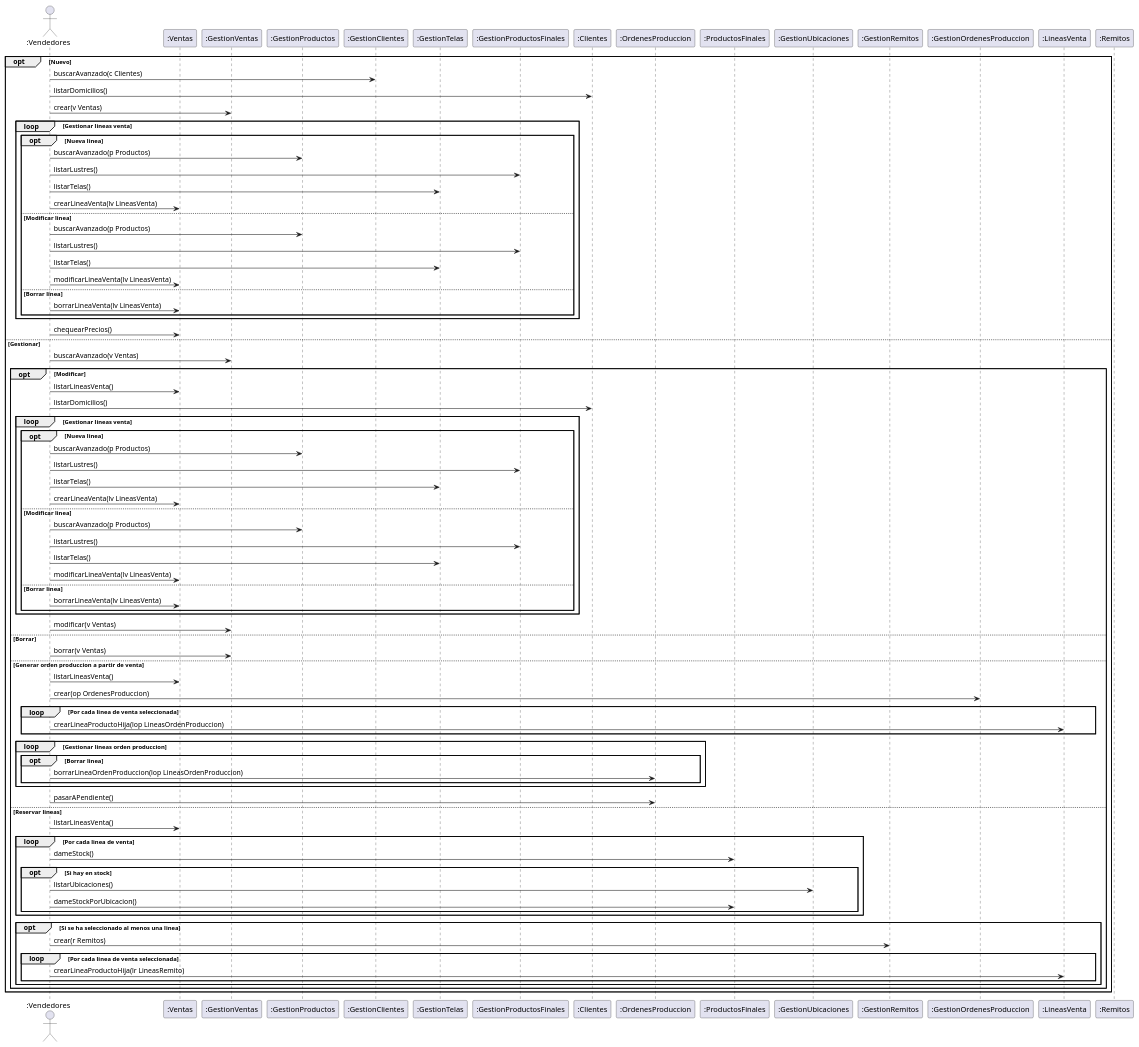
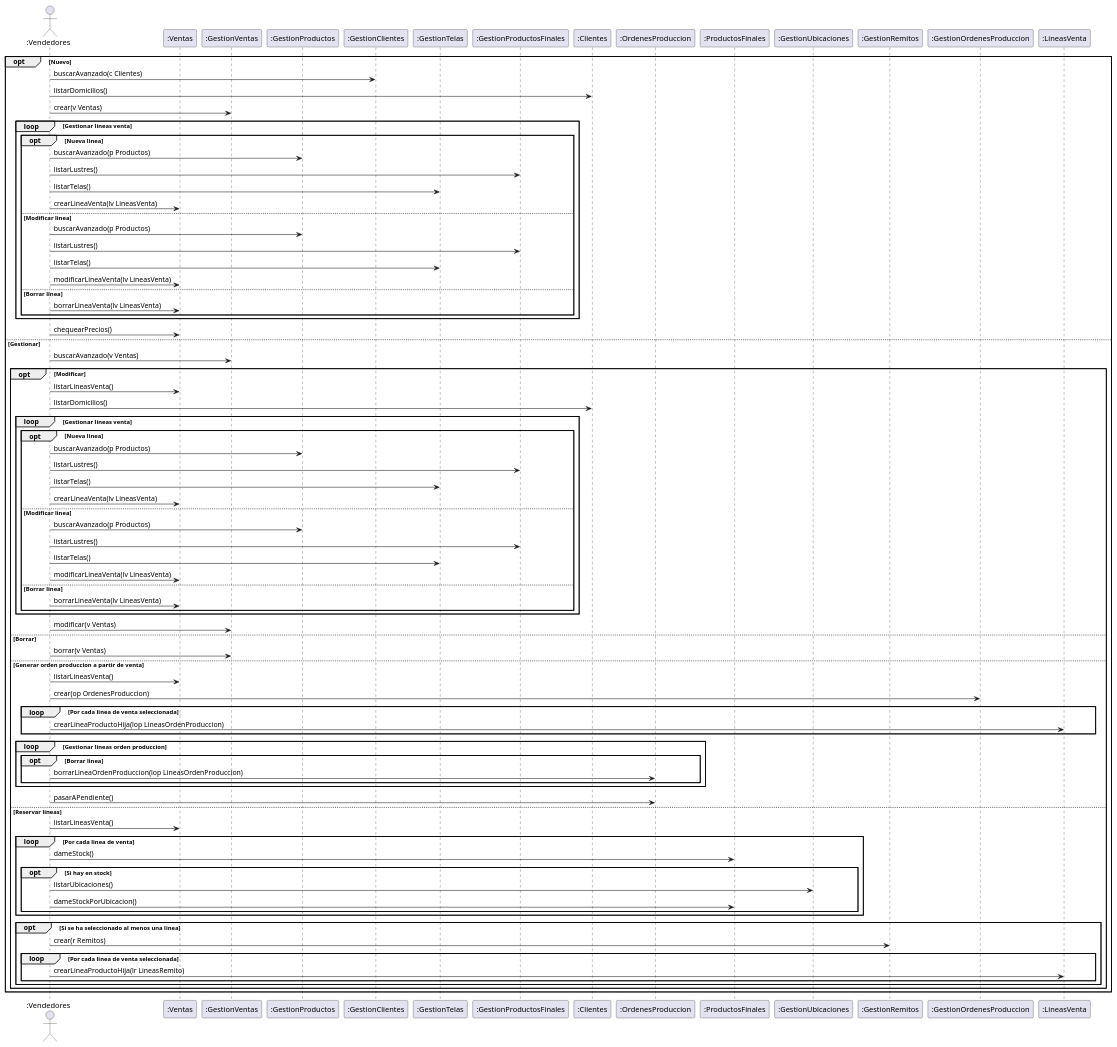
Before and after one commit to ZMGestion/DocumentacionZMGestion: the fourth of 4 diagrams in DiagramasSecuencia/DiagramaDeSecuencia.puml, drawn with PlantUML.

Commit message:
Cambios DiagramaDeSecuencia

```diff
--- a/DiagramasSecuencia/DiagramaDeSecuencia.puml
+++ b/DiagramasSecuencia/DiagramaDeSecuencia.puml
@@ -167,92 +167,91 @@
 @startuml GestionVentas
     actor ":Vendedores" as Vendedores
     participant ":Ventas" as Ventas
     participant ":GestionVentas" as GestionVentas
     participant ":GestionProductos" as GestionProductos
     participant ":GestionClientes" as GestionClientes
     participant ":GestionTelas" as GestionTelas
     participant ":GestionProductosFinales" as GestionProductosFinales
     participant ":Clientes" as Clientes
     participant ":OrdenesProduccion" as OrdenesProduccion
     participant ":ProductosFinales" as ProductosFinales
     participant ":GestionUbicaciones" as GestionUbicaciones
     participant ":GestionRemitos" as GestionRemitos
     participant ":GestionOrdenesProduccion" as GestionOrdenesProduccion
     participant ":LineasVenta" as LineasVenta
-    participant ":Remitos" as Remitos
 
     opt Nuevo
         Vendedores -> GestionClientes: buscarAvanzado(c Clientes)
         Vendedores -> Clientes: listarDomicilios()
         Vendedores -> GestionVentas: crear(v Ventas)
         loop Gestionar lineas venta
             opt Nueva linea
                 Vendedores -> GestionProductos: buscarAvanzado(p Productos)
                 Vendedores -> GestionProductosFinales: listarLustres()
                 Vendedores -> GestionTelas: listarTelas()
                 Vendedores -> Ventas: crearLineaVenta(lv LineasVenta)
             else Modificar linea
                 Vendedores -> GestionProductos: buscarAvanzado(p Productos)
                 Vendedores -> GestionProductosFinales: listarLustres()
                 Vendedores -> GestionTelas: listarTelas()
                 Vendedores -> Ventas: modificarLineaVenta(lv LineasVenta)
             else Borrar linea
                 Vendedores -> Ventas: borrarLineaVenta(lv LineasVenta)
             end
         end 
         Vendedores -> Ventas: chequearPrecios()
     else Gestionar
         Vendedores -> GestionVentas: buscarAvanzado(v Ventas)
         opt Modificar
             Vendedores -> Ventas: listarLineasVenta()
             Vendedores -> Clientes: listarDomicilios()
             loop Gestionar lineas venta
                 opt Nueva linea
                     Vendedores -> GestionProductos: buscarAvanzado(p Productos)
                     Vendedores -> GestionProductosFinales: listarLustres()
                     Vendedores -> GestionTelas: listarTelas()
                     Vendedores -> Ventas: crearLineaVenta(lv LineasVenta)
                 else Modificar linea
                     Vendedores -> GestionProductos: buscarAvanzado(p Productos)
                     Vendedores -> GestionProductosFinales: listarLustres()
                     Vendedores -> GestionTelas: listarTelas()
                     Vendedores -> Ventas: modificarLineaVenta(lv LineasVenta)
                 else Borrar linea
                     Vendedores -> Ventas: borrarLineaVenta(lv LineasVenta)
                 end
             end
             Vendedores -> GestionVentas: modificar(v Ventas)
         else Borrar
             Vendedores -> GestionVentas: borrar(v Ventas)
         else Generar orden produccion a partir de venta
             Vendedores -> Ventas: listarLineasVenta()
             Vendedores -> GestionOrdenesProduccion: crear(op OrdenesProduccion)
             loop Por cada linea de venta seleccionada
                 Vendedores -> LineasVenta: crearLineaProductoHija(lop LineasOrdenProduccion)
             end
             loop Gestionar lineas orden produccion
                 opt Borrar linea
                     Vendedores -> OrdenesProduccion: borrarLineaOrdenProduccion(lop LineasOrdenProduccion)
                 end
             end
             Vendedores -> OrdenesProduccion: pasarAPendiente()
         else Reservar lineas
             Vendedores -> Ventas: listarLineasVenta()
             loop Por cada linea de venta
                 Vendedores -> ProductosFinales: dameStock()
                 opt Si hay en stock
                     Vendedores -> GestionUbicaciones: listarUbicaciones()
                     Vendedores -> ProductosFinales: dameStockPorUbicacion()
                 end
             end
             opt Si se ha seleccionado al menos una linea
                 Vendedores -> GestionRemitos: crear(r Remitos)
                 loop Por cada linea de venta seleccionada
                     Vendedores -> LineasVenta: crearLineaProductoHija(lr LineasRemito)
                     ' se crean las lineas de remito dado que se debe asociar la ubicacion de la cual
                     ' se sacaran cada linea
                 end
             end
         end
     end
 @enduml
```
